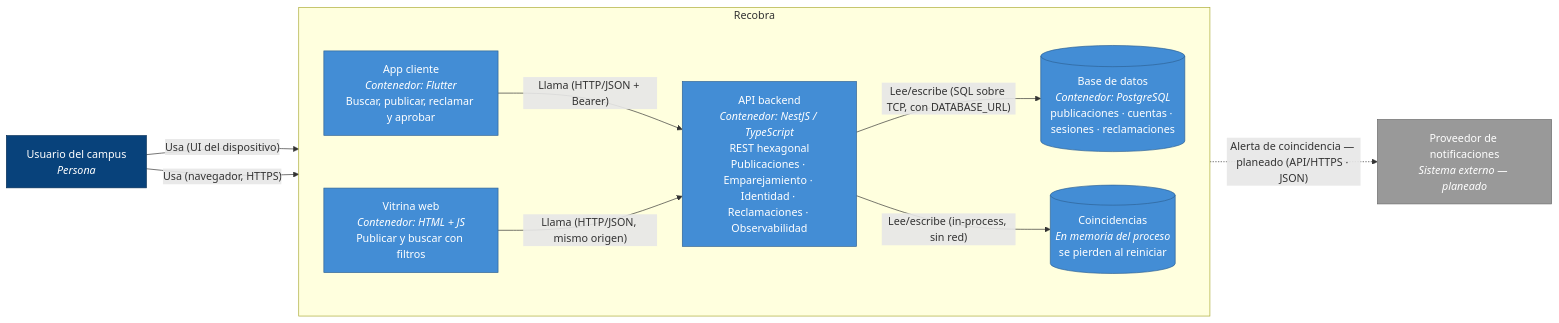
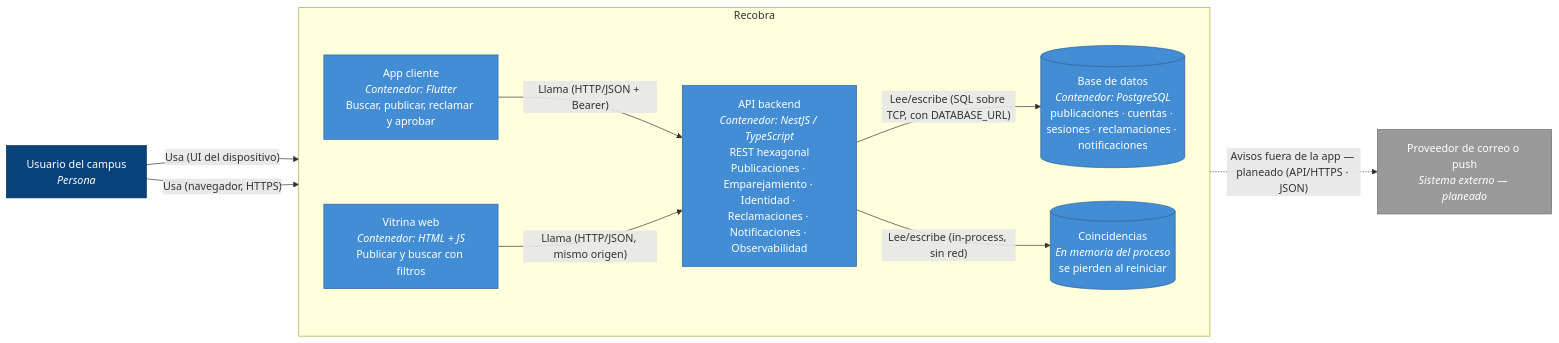
The diagram in docs/c4/C4-C2.md (ISCOUTB/AS_202620_Recobra), drawn with Mermaid before and after one commit. The commit also changed other lines of this file and 36 other files, not shown here.

First line of the commit message:
Notificaciones dentro de la app (S3): bandeja de avisos, ADR-0015, contrato 3.1.0 y campana en vitrina y Flutter

````diff
--- a/docs/c4/C4-C2.md
+++ b/docs/c4/C4-C2.md
@@ -20,30 +20,30 @@
 ```mermaid
 flowchart LR
     usuario["Usuario del campus<br/><i>Persona</i>"]
-    notif["Proveedor de notificaciones<br/><i>Sistema externo — planeado</i>"]
+    notif["Proveedor de correo o push<br/><i>Sistema externo — planeado</i>"]
 
     subgraph recobra["Recobra"]
         direction LR
         app["App cliente<br/><i>Contenedor: Flutter</i><br/>Buscar, publicar, reclamar y aprobar"]
         web["Vitrina web<br/><i>Contenedor: HTML + JS</i><br/>Publicar y buscar con filtros"]
-        api["API backend<br/><i>Contenedor: NestJS / TypeScript</i><br/>REST hexagonal<br/>Publicaciones · Emparejamiento · Identidad · Reclamaciones · Observabilidad"]
-        bd[("Base de datos<br/><i>Contenedor: PostgreSQL</i><br/>publicaciones · cuentas · sesiones · reclamaciones")]
+        api["API backend<br/><i>Contenedor: NestJS / TypeScript</i><br/>REST hexagonal<br/>Publicaciones · Emparejamiento · Identidad · Reclamaciones · Notificaciones · Observabilidad"]
+        bd[("Base de datos<br/><i>Contenedor: PostgreSQL</i><br/>publicaciones · cuentas · sesiones · reclamaciones · notificaciones")]
         mem[("Coincidencias<br/><i>En memoria del proceso</i><br/>se pierden al reiniciar")]
     end
 
     usuario -->|"Usa (UI del dispositivo)"| app
     usuario -->|"Usa (navegador, HTTPS)"| web
     app -->|"Llama (HTTP/JSON + Bearer)"| api
     web -->|"Llama (HTTP/JSON, mismo origen)"| api
     api -->|"Lee/escribe (SQL sobre TCP, con DATABASE_URL)"| bd
     api -->|"Lee/escribe (in-process, sin red)"| mem
-    api -.->|"Alerta de coincidencia — planeado (API/HTTPS · JSON)"| notif
+    api -.->|"Avisos fuera de la app — planeado (API/HTTPS · JSON)"| notif
 
     classDef persona fill:#08427b,color:#fff,stroke:#052e56;
     classDef contenedor fill:#438dd5,color:#fff,stroke:#2e6295;
     classDef externo fill:#999999,color:#fff,stroke:#6b6b6b;
 
     class usuario persona;
     class app,web,api,bd,mem contenedor;
     class notif externo;
 ```
````
